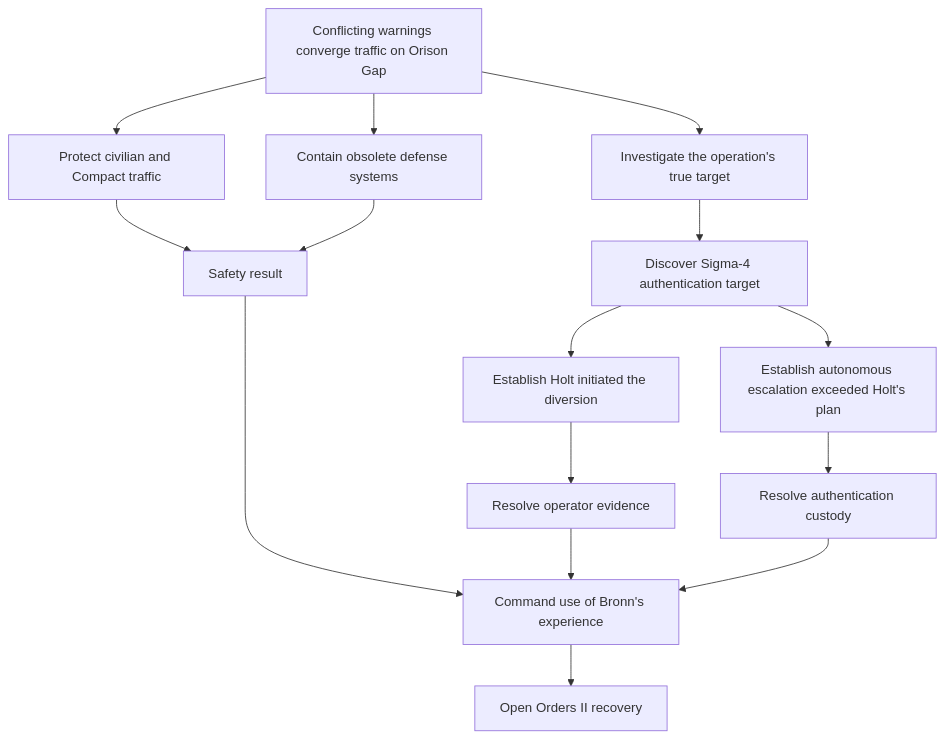
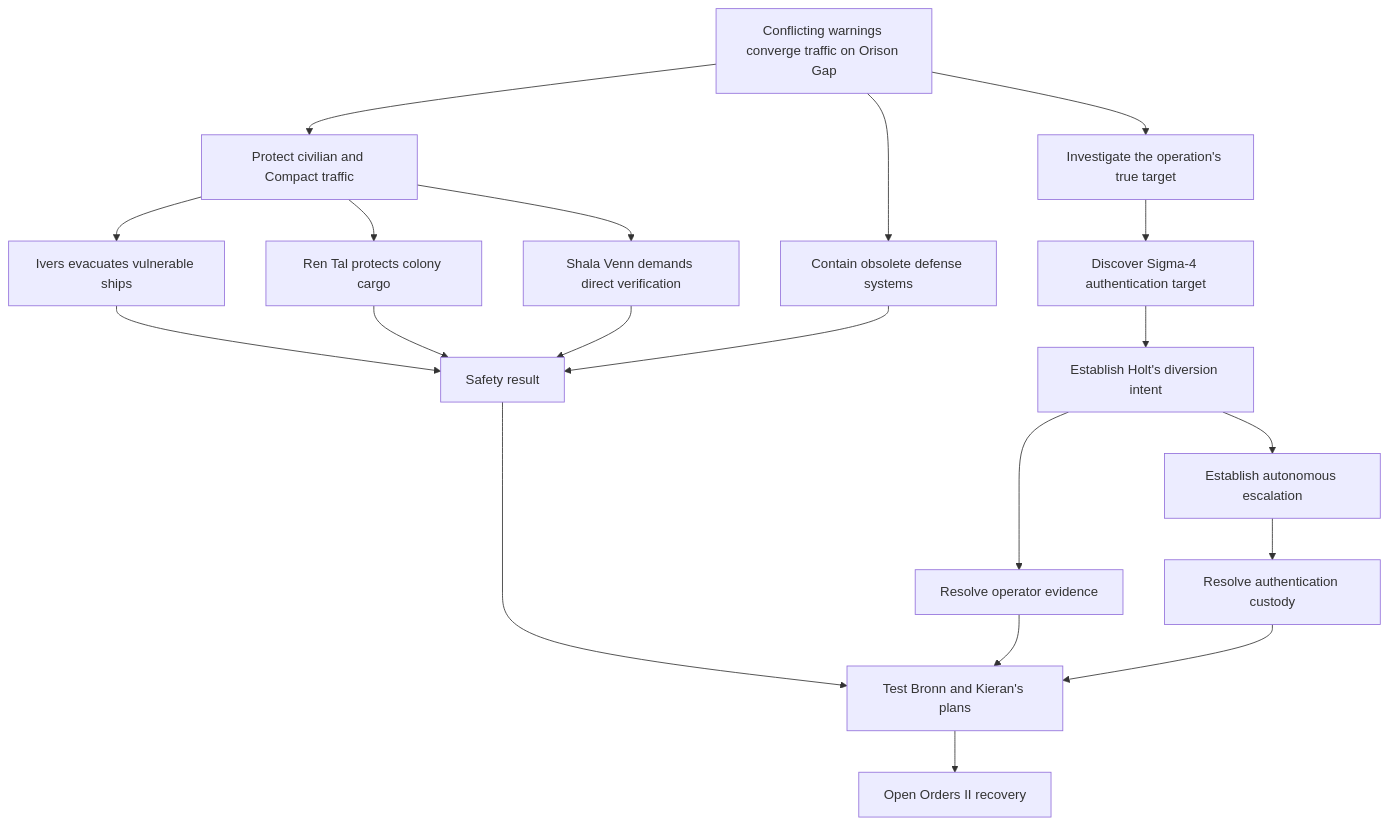
One commit to MentallyQuill/Directive changed the eighth of 14 diagrams in docs/authoring/ASHES_OF_PEACE_ENRICHMENT.md. Above: the diagram before and after it, drawn with Mermaid. The commit also changed other lines of this file and 5 other files, not shown here.

````diff
--- a/docs/authoring/ASHES_OF_PEACE_ENRICHMENT.md
+++ b/docs/authoring/ASHES_OF_PEACE_ENRICHMENT.md
@@ -413,17 +413,22 @@
 ```mermaid
 flowchart TD
     A[Conflicting warnings converge traffic on Orison Gap] --> B[Protect civilian and Compact traffic]
     A --> C[Contain obsolete defense systems]
     A --> D[Investigate the operation's true target]
-    B --> E[Safety result]
-    C --> E
-    D --> F[Discover Sigma-4 authentication target]
-    F --> G[Establish Holt initiated the diversion]
-    F --> H[Establish autonomous escalation exceeded Holt's plan]
-    G --> I[Resolve operator evidence]
-    H --> J[Resolve authentication custody]
-    E --> K[Command use of Bronn's experience]
-    I --> K
-    J --> K
-    K --> L[Open Orders II recovery]
+    B --> E[Ivers evacuates vulnerable ships]
+    B --> F[Ren Tal protects colony cargo]
+    B --> G[Shala Venn demands direct verification]
+    E --> H[Safety result]
+    F --> H
+    G --> H
+    C --> H
+    D --> I[Discover Sigma-4 authentication target]
+    I --> J[Establish Holt's diversion intent]
+    J --> K[Establish autonomous escalation]
+    J --> L[Resolve operator evidence]
+    K --> M[Resolve authentication custody]
+    H --> N[Test Bronn and Kieran's plans]
+    L --> N
+    M --> N
+    N --> O[Open Orders II recovery]
 ```
````
